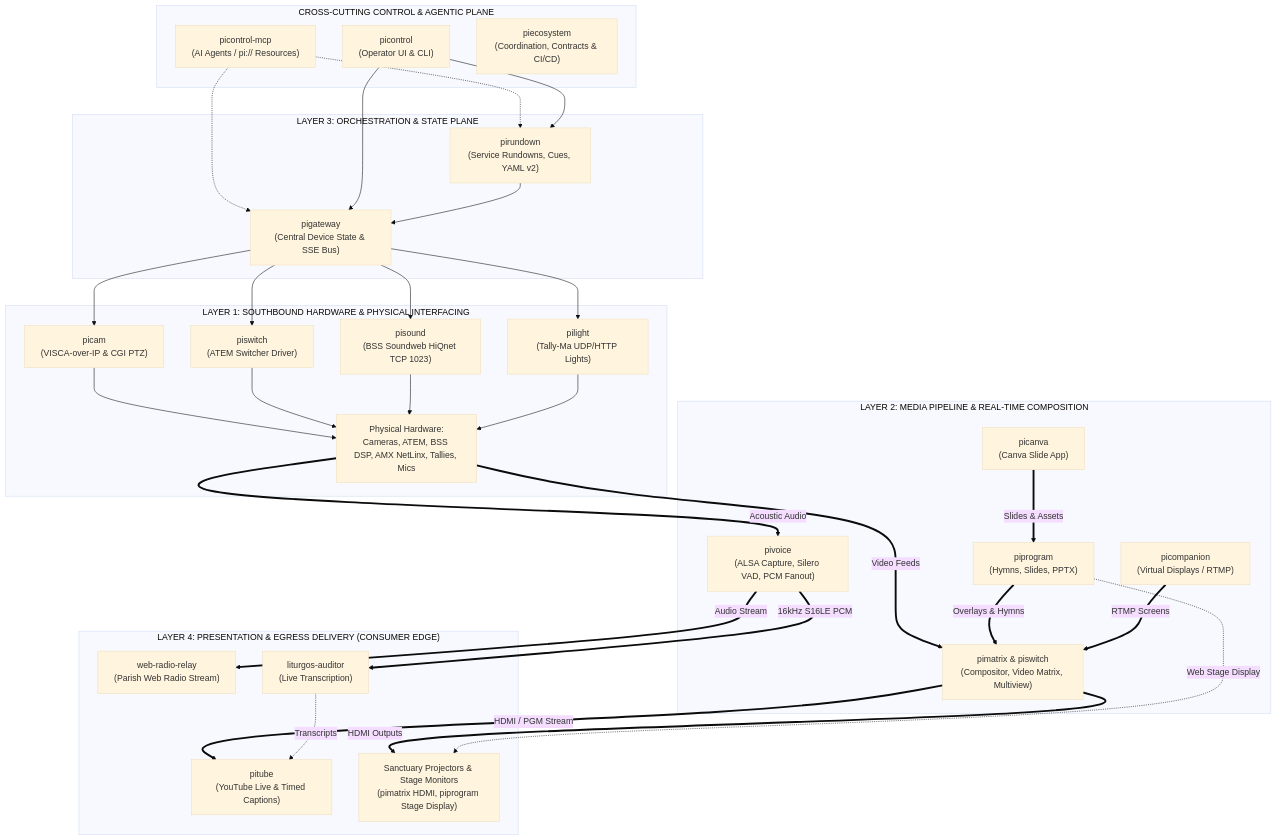
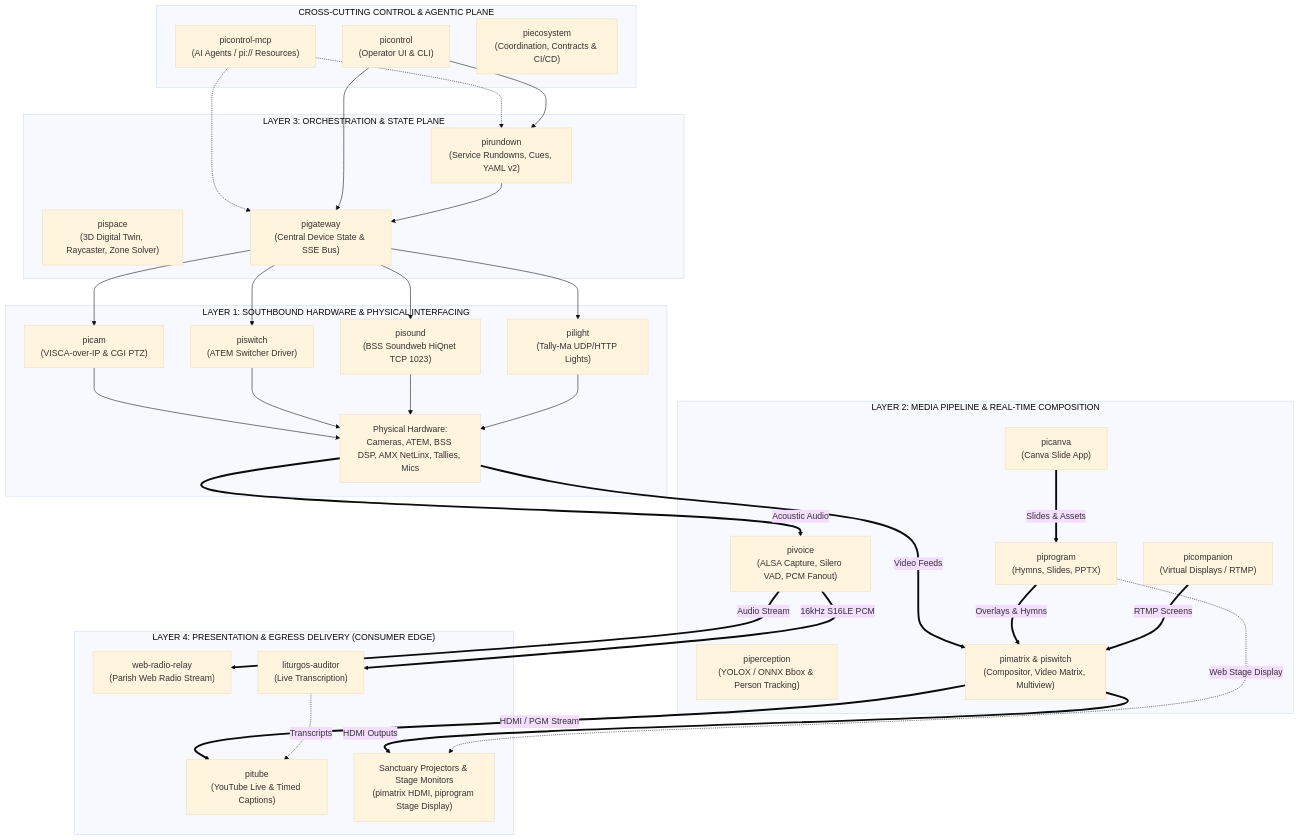
One commit to jsilvanus/piecosystem changed the diagram in docs/architecture-layers.md. Above: the diagram before and after it, drawn with Mermaid (base theme). The commit also changed other lines of this file and 4 other files, not shown here.

Commit message:
feat: incorporate pispace and piperception into architecture model and status tooling

````diff
--- a/docs/architecture-layers.md
+++ b/docs/architecture-layers.md
@@ -47,68 +47,70 @@
 ```mermaid
 flowchart TD
     subgraph CP["CROSS-CUTTING CONTROL & AGENTIC PLANE"]
         MCP["picontrol-mcp<br/>(AI Agents / pi:// Resources)"]
         UI["picontrol<br/>(Operator UI & CLI)"]
         GOV["piecosystem<br/>(Coordination, Contracts & CI/CD)"]
     end
 
     subgraph L3["LAYER 3: ORCHESTRATION & STATE PLANE"]
         RUNDOWN["pirundown<br/>(Service Rundowns, Cues, YAML v2)"]
+        SPACE["pispace<br/>(3D Digital Twin, Raycaster, Zone Solver)"]
         GATEWAY["pigateway<br/>(Central Device State & SSE Bus)"]
     end
 
     subgraph L2["LAYER 2: MEDIA PIPELINE & REAL-TIME COMPOSITION"]
         CANVA["picanva<br/>(Canva Slide App)"]
         PGM["piprogram<br/>(Hymns, Slides, PPTX)"]
         COMPANION["picompanion<br/>(Virtual Displays / RTMP)"]
+        PERCEPTION["piperception<br/>(YOLOX / ONNX Bbox & Person Tracking)"]
         VOICE_DSP["pivoice<br/>(ALSA Capture, Silero VAD, PCM Fanout)"]
         MATRIX["pimatrix & piswitch<br/>(Compositor, Video Matrix, Multiview)"]
     end
 
     subgraph L1["LAYER 1: SOUTHBOUND HARDWARE & PHYSICAL INTERFACING"]
         PICAM["picam<br/>(VISCA-over-IP & CGI PTZ)"]
         PISWITCH["piswitch<br/>(ATEM Switcher Driver)"]
         PISOUND["pisound<br/>(BSS Soundweb HiQnet TCP 1023)"]
         PILIGHT["pilight<br/>(Tally-Ma UDP/HTTP Lights)"]
         HW_DEVICES["Physical Hardware:<br/>Cameras, ATEM, BSS DSP, AMX NetLinx, Tallies, Mics"]
     end
 
     subgraph L4["LAYER 4: PRESENTATION & EGRESS DELIVERY (CONSUMER EDGE)"]
         YT["pitube<br/>(YouTube Live & Timed Captions)"]
         RADIO["web-radio-relay<br/>(Parish Web Radio Stream)"]
         AUDITOR["liturgos-auditor<br/>(Live Transcription)"]
         DISPLAYS["Sanctuary Projectors & Stage Monitors<br/>(pimatrix HDMI, piprogram Stage Display)"]
     end
 
     %% Control Flow
     MCP -.-> RUNDOWN
     MCP -.-> GATEWAY
     UI --> RUNDOWN
     UI --> GATEWAY
     RUNDOWN --> GATEWAY
     GATEWAY --> PICAM
     GATEWAY --> PISWITCH
     GATEWAY --> PISOUND
     GATEWAY --> PILIGHT
 
     %% Hardware Interfacing
     PICAM --> HW_DEVICES
     PISWITCH --> HW_DEVICES
     PISOUND --> HW_DEVICES
     PILIGHT --> HW_DEVICES
 
     %% Media Flow (Direct Data Plane)
     HW_DEVICES ==>|Video Feeds| MATRIX
     HW_DEVICES ==>|Acoustic Audio| VOICE_DSP
     CANVA ==>|Slides & Assets| PGM
     PGM ==>|Overlays & Hymns| MATRIX
     COMPANION ==>|RTMP Screens| MATRIX
     VOICE_DSP ==>|Audio Stream| RADIO
     VOICE_DSP ==>|16kHz S16LE PCM| AUDITOR
 
     %% Egress Delivery
     MATRIX ==>|HDMI / PGM Stream| YT
     AUDITOR -.->|Transcripts| YT
     MATRIX ==>|HDMI Outputs| DISPLAYS
     PGM -.->|Web Stage Display| DISPLAYS
 ```
````
